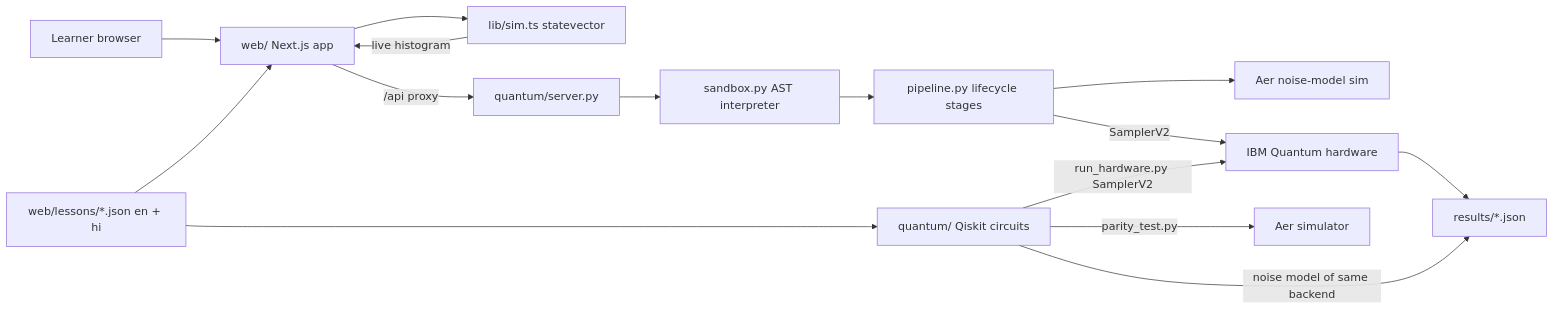
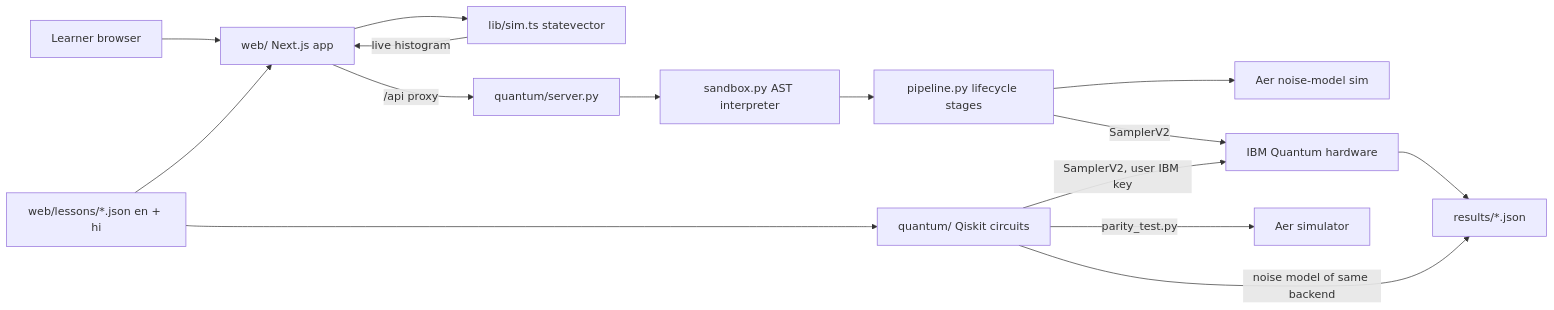
One commit to harshit777/qiskit-fall-fest-26-quantumlab changed the diagram in README.md. Above: the diagram before and after it, drawn with Mermaid. The commit also changed other lines of this file and 11 other files, not shown here.

Commit message:
Run on IBM hardware from the Code tab UI (user-supplied key), noise-model comparison, downloadable report

````diff
--- a/README.md
+++ b/README.md
@@ -27,17 +27,17 @@
 ```mermaid
 flowchart LR
   L[Learner browser] --> UI[web/ Next.js app]
   UI --> SIM[lib/sim.ts statevector]
   SIM -->|live histogram| UI
   J[web/lessons/*.json en + hi] --> UI
   UI -->|/api proxy| API[quantum/server.py]
   API --> SB[sandbox.py AST interpreter]
   SB --> PL[pipeline.py lifecycle stages]
   PL --> AER2[Aer noise-model sim]
   PL -->|SamplerV2| HW
   J --> QK[quantum/ Qiskit circuits]
   QK -->|parity_test.py| AER[Aer simulator]
-  QK -->|run_hardware.py SamplerV2| HW[IBM Quantum hardware]
+  QK -->|SamplerV2, user IBM key| HW[IBM Quantum hardware]
   HW --> R[results/*.json]
   QK -->|noise model of same backend| R
 ```
````
